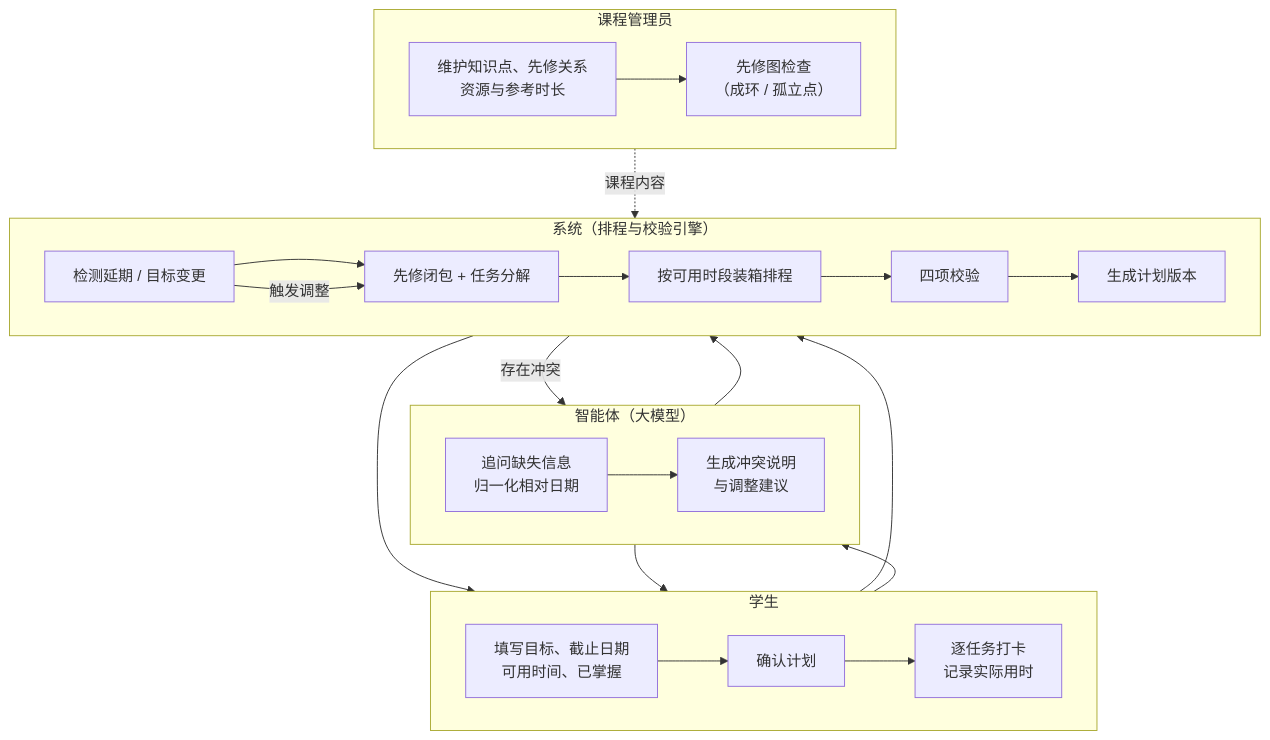
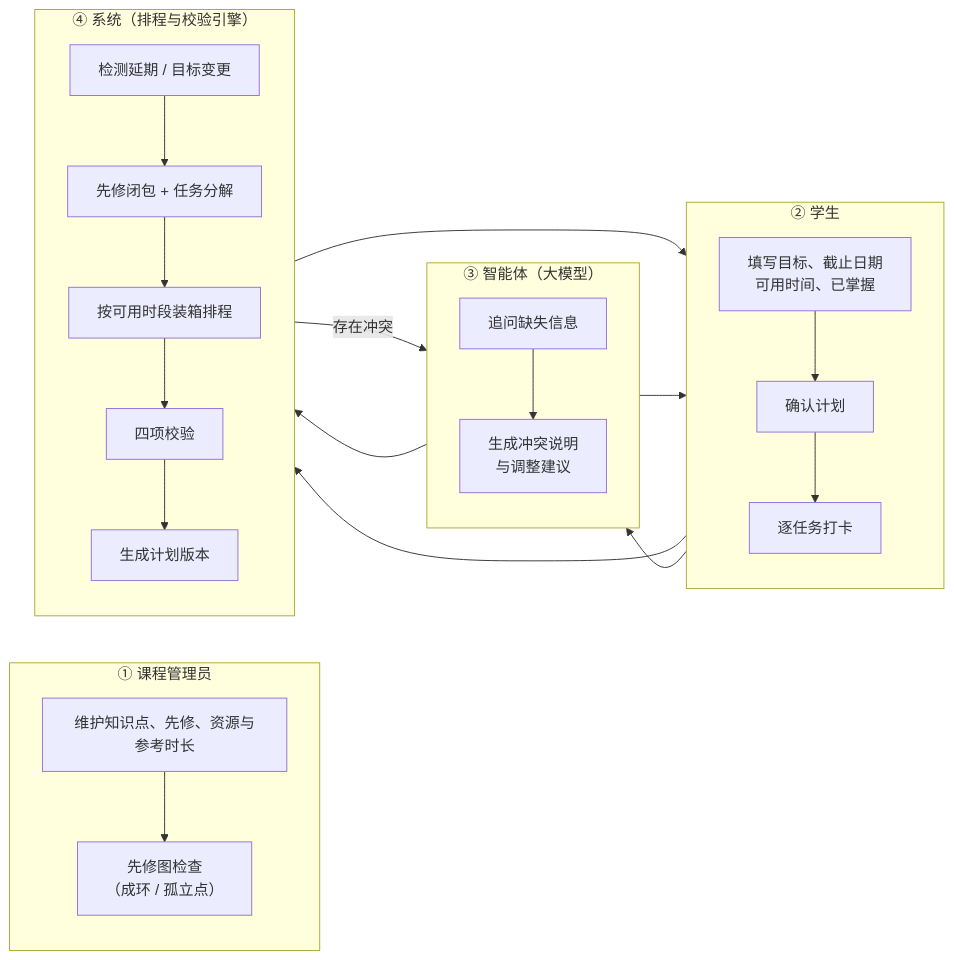
The diagram in docs/02_需求/figures/src/fig-3-2-swimlane.mmd (PeiChen1215/CoursePlan), drawn with Mermaid before and after one commit. The commit also changed 16 other files, not shown here.

Commit message:
docs(D02): v2.1 补 13 张 IPO 表、新增 3.8 关键流程节、修 4 张图、表号重排

```diff
--- a/docs/02_需求/figures/src/fig-3-2-swimlane.mmd
+++ b/docs/02_需求/figures/src/fig-3-2-swimlane.mmd
@@ -1,42 +1,31 @@
-flowchart TB
-    subgraph L1["课程管理员"]
-        direction LR
-        A1["维护知识点、先修关系<br/>资源与参考时长"]
-        A2["先修图检查<br/>（成环 / 孤立点）"]
-        A1 --> A2
+flowchart LR
+    subgraph L1["① 课程管理员"]
+        direction TB
+        A1["维护知识点、先修、资源与参考时长"] --> A2["先修图检查<br/>（成环 / 孤立点）"]
     end
 
-    subgraph L2["学生"]
-        direction LR
-        S1["填写目标、截止日期<br/>可用时间、已掌握"]
-        S2["确认计划"]
-        S3["逐任务打卡<br/>记录实际用时"]
-        S1 --> S2 --> S3
+    subgraph L2["② 学生"]
+        direction TB
+        S1["填写目标、截止日期<br/>可用时间、已掌握"] --> S2["确认计划"]
+        S2 --> S3["逐任务打卡"]
     end
 
-    subgraph L3["智能体（大模型）"]
-        direction LR
-        G1["追问缺失信息<br/>归一化相对日期"]
-        G2["生成冲突说明<br/>与调整建议"]
-        G1 --> G2
+    subgraph L3["③ 智能体（大模型）"]
+        direction TB
+        G1["追问缺失信息"] --> G2["生成冲突说明<br/>与调整建议"]
     end
 
-    subgraph L4["系统（排程与校验引擎）"]
-        direction LR
-        E1["先修闭包 + 任务分解"]
-        E2["按可用时段装箱排程"]
-        E3["四项校验"]
-        E4["生成计划版本"]
-        E5["检测延期 / 目标变更"]
-        E1 --> E2 --> E3 --> E4
-        E5 --> E1
+    subgraph L4["④ 系统（排程与校验引擎）"]
+        direction TB
+        E5["检测延期 / 目标变更"] --> E1["先修闭包 + 任务分解"]
+        E1 --> E2["按可用时段装箱排程"]
+        E2 --> E3["四项校验"]
+        E3 --> E4["生成计划版本"]
     end
 
     S1 --> G1
     G1 --> E1
-    A1 -.->|"课程内容"| E1
     E3 -->|"存在冲突"| G2
     G2 --> S2
     E4 --> S2
     S3 --> E5
-    E5 -->|"触发调整"| E1
```
